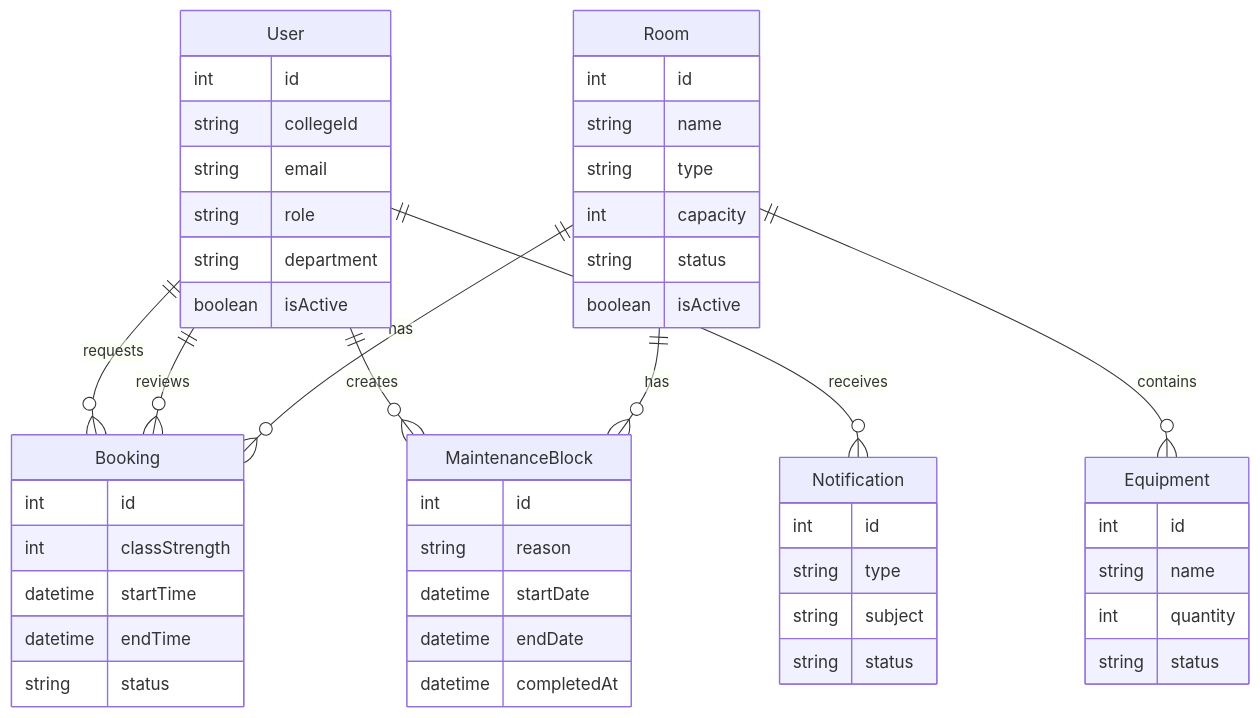
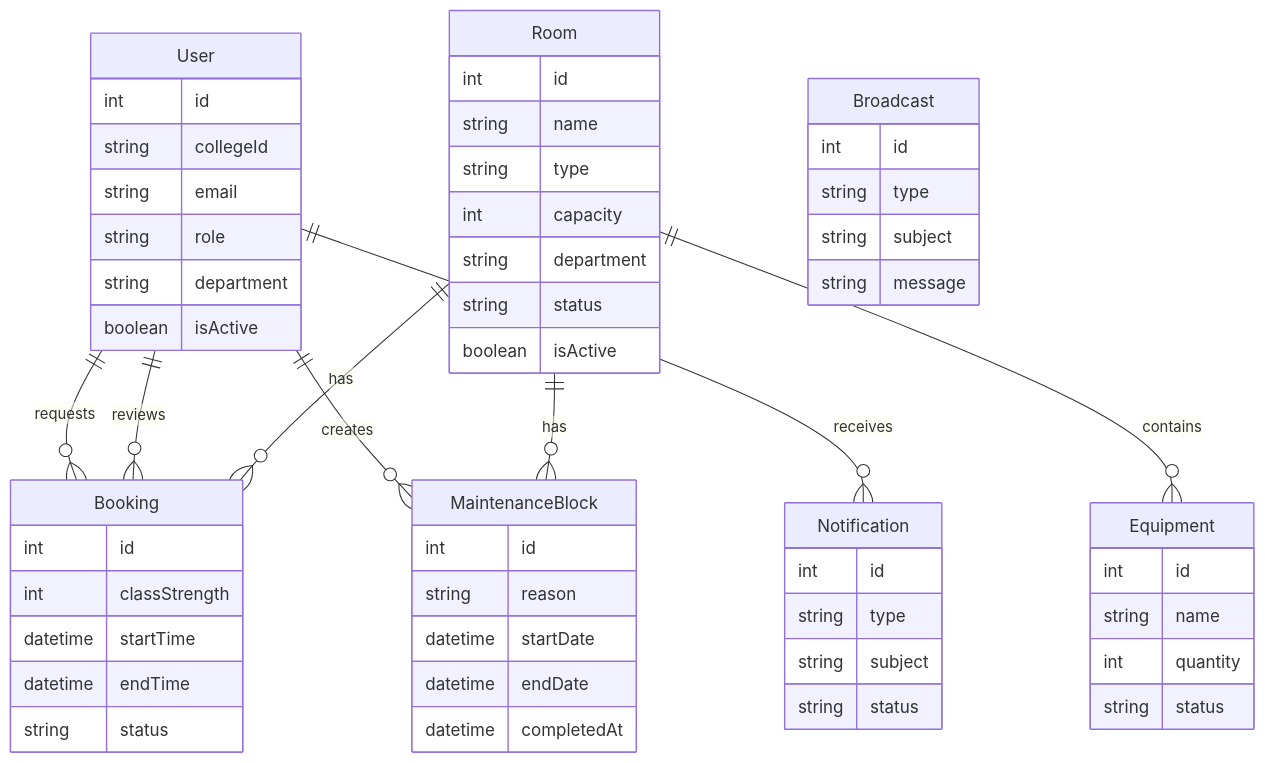
Before and after one commit to Karamazov7/EduSpace: the second of 6 diagrams in docs/architecture.md, drawn with Mermaid. The commit also changed other lines of this file and 9 other files, not shown here.

````diff
--- a/docs/architecture.md
+++ b/docs/architecture.md
@@ -28,52 +29,59 @@
 ```mermaid
 erDiagram
   User ||--o{ Booking : requests
   User ||--o{ Booking : reviews
   User ||--o{ MaintenanceBlock : creates
   User ||--o{ Notification : receives
   Room ||--o{ Booking : has
   Room ||--o{ Equipment : contains
   Room ||--o{ MaintenanceBlock : has
   User {
     int id
     string collegeId
     string email
     string role
     string department
     boolean isActive
   }
   Room {
     int id
     string name
     string type
     int capacity
+    string department
     string status
     boolean isActive
   }
   Booking {
     int id
     int classStrength
     datetime startTime
     datetime endTime
     string status
   }
   MaintenanceBlock {
     int id
     string reason
     datetime startDate
     datetime endDate
     datetime completedAt
   }
   Equipment {
     int id
     string name
     int quantity
     string status
   }
   Notification {
     int id
     string type
     string subject
     string status
   }
+  Broadcast {
+    int id
+    string type
+    string subject
+    string message
+  }
 ```
````
